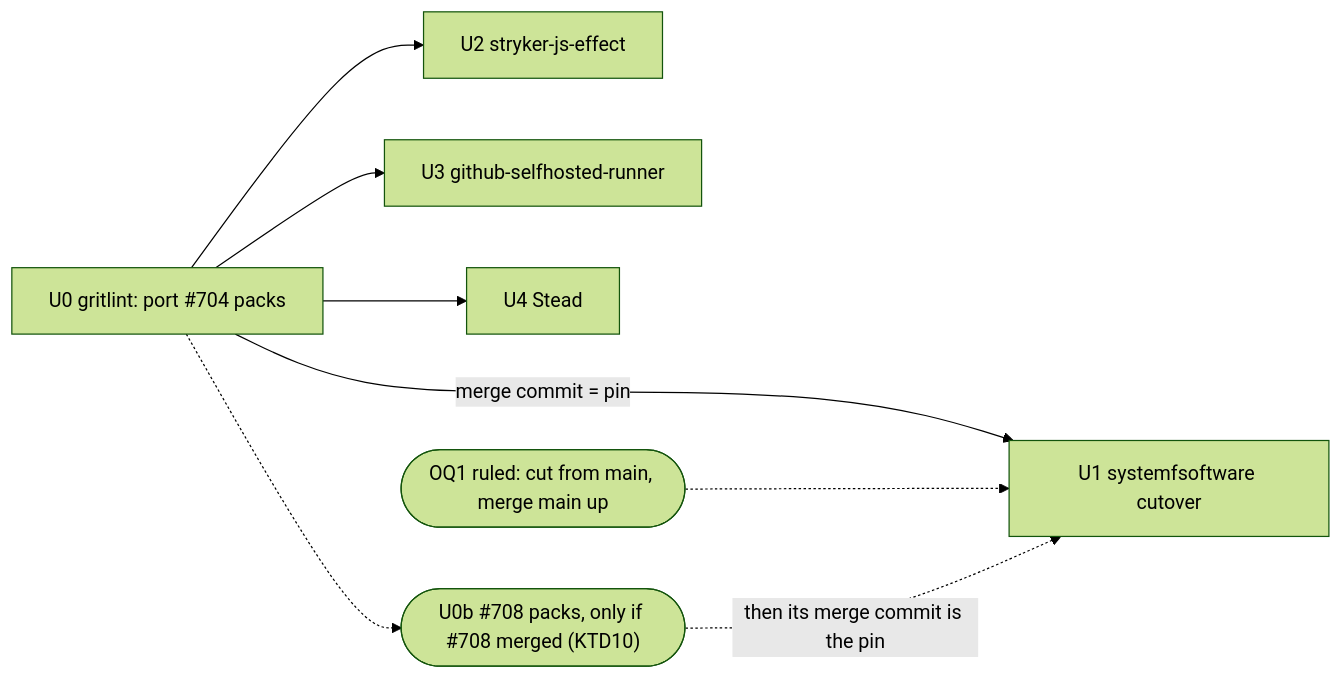
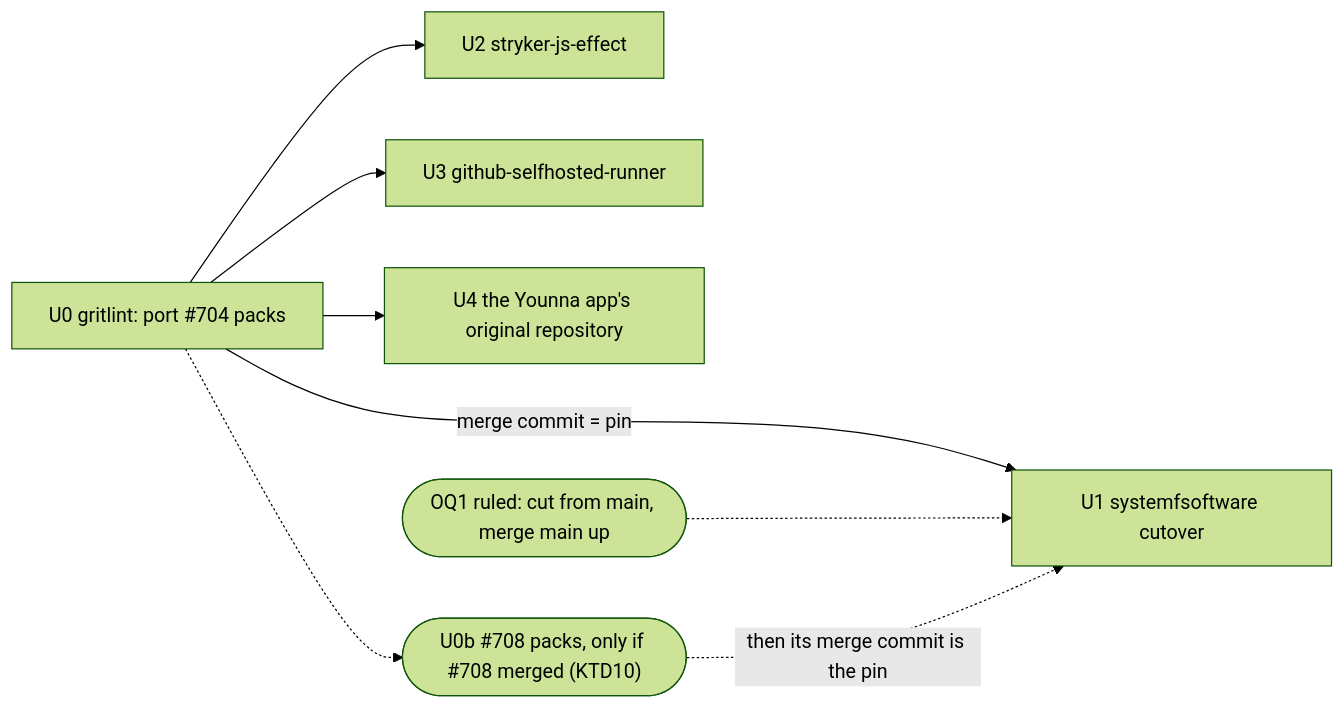
The diagram in docs/plans/2026-10-10-0957-chore-consume-gritlint-flake-plan.md (systemfsoftware/systemfsoftware), drawn with Mermaid (forest theme) before and after one commit. The commit also changed other lines of this file and 2 other files, not shown here.

Commit message:
docs: name the app Younna in plans and solutions (SYS-746)

````diff
--- a/docs/plans/2026-10-10-0957-chore-consume-gritlint-flake-plan.md
+++ b/docs/plans/2026-10-10-0957-chore-consume-gritlint-flake-plan.md
@@ -155,10 +155,10 @@
 ```mermaid
 flowchart LR
   U0["U0 gritlint: port #704 packs"] -->|merge commit = pin| U1["U1 systemfsoftware cutover"]
   U0 --> U2["U2 stryker-js-effect"]
   U0 --> U3["U3 github-selfhosted-runner"]
-  U0 --> U4["U4 Stead"]
+  U0 --> U4["U4 the Younna app's original repository"]
   OQ1(["OQ1 ruled: cut from main, merge main up"]) -.-> U1
   U0 -.-> U0b(["U0b #708 packs, only if #708 merged (KTD10)"])
   U0b -.->|then its merge commit is the pin| U1
 ```
````
